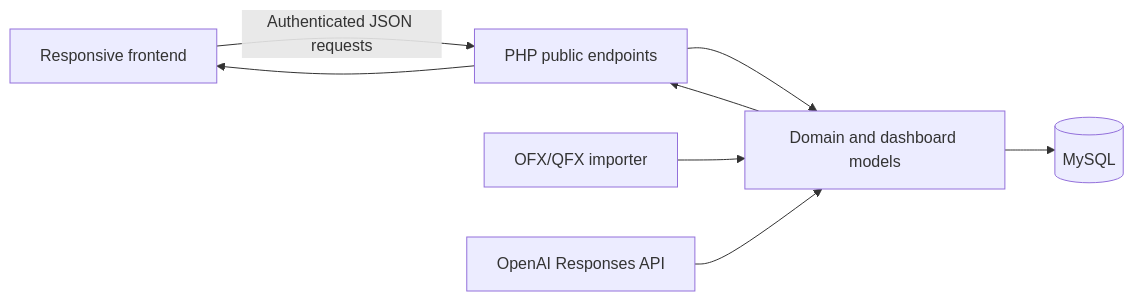
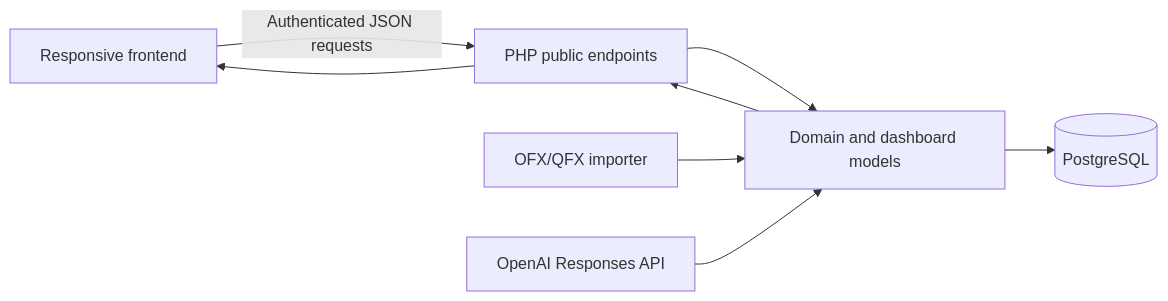
One commit to smeird/Accounts changed the diagram in README.md. Above: the diagram before and after it, drawn with Mermaid. The commit also changed other lines of this file and 29 other files, not shown here.

Commit message:
Migrate application to PostgreSQL and PHP 8.5

````diff
--- a/README.md
+++ b/README.md
@@ -63,10 +63,10 @@
 ```mermaid
 flowchart LR
     Browser[Responsive frontend] -->|Authenticated JSON requests| API[PHP public endpoints]
     API --> Models[Domain and dashboard models]
-    Models --> DB[(MySQL)]
+    Models --> DB[(PostgreSQL)]
     Import[OFX/QFX importer] --> Models
     AI[OpenAI Responses API] --> Models
     Models --> API
     API --> Browser
 ```
````
